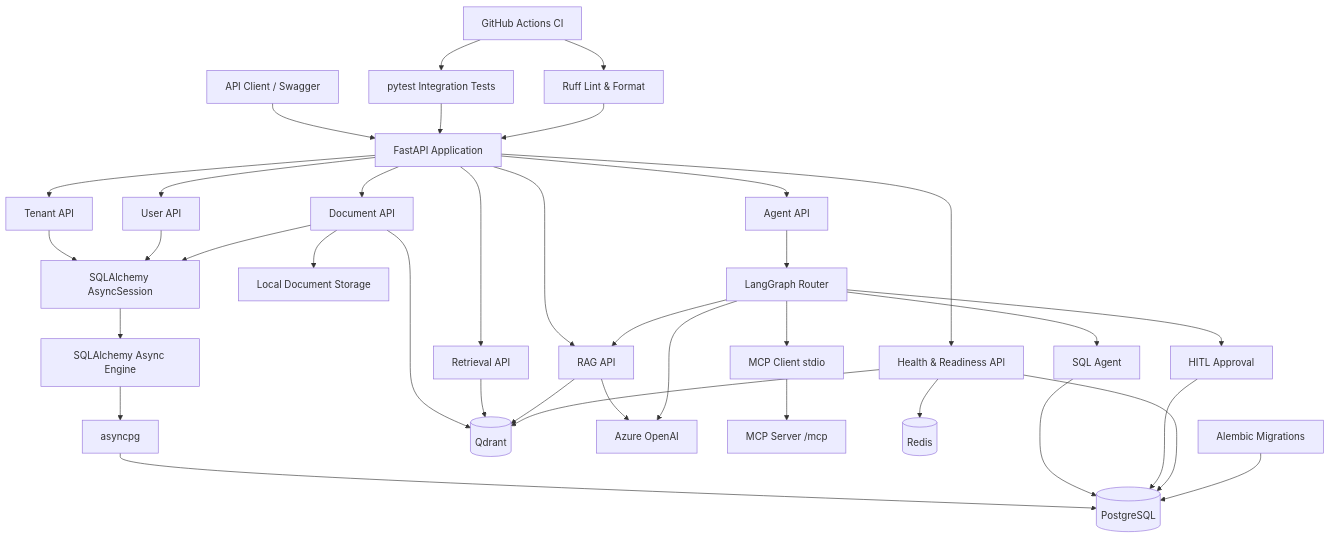
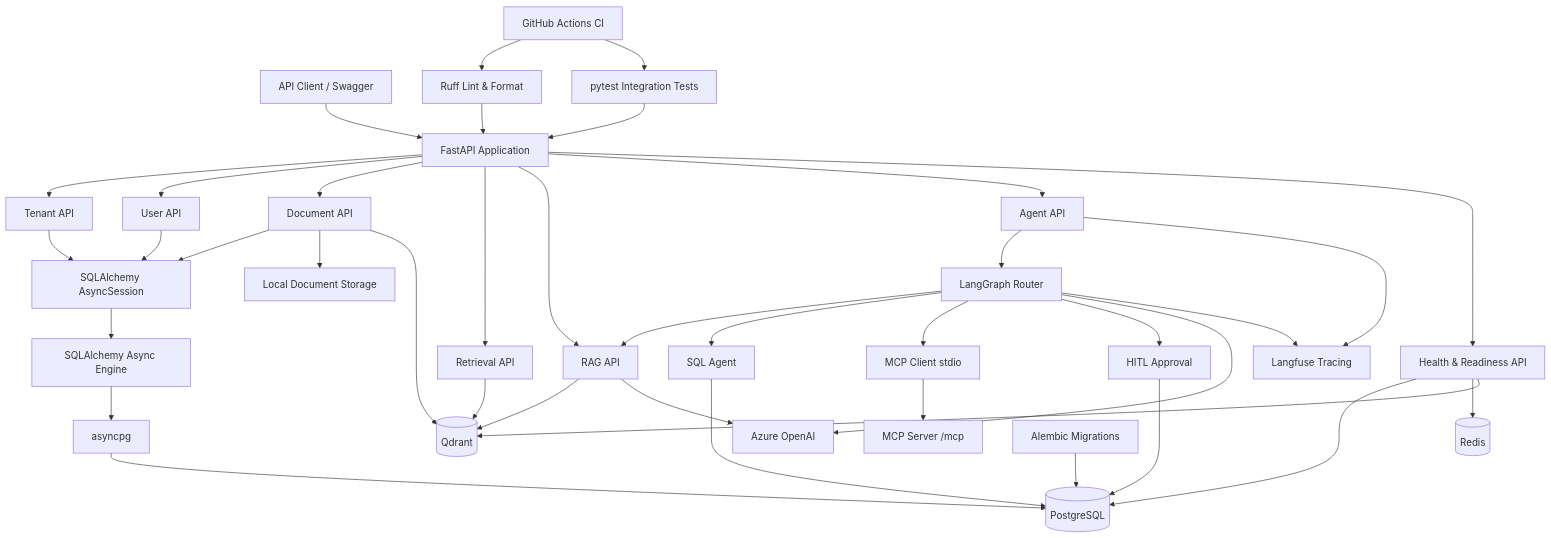
Before and after one commit to kkureli/enterprise-agentic-ai-platform: the diagram in README.md, drawn with Mermaid. The commit also changed other lines of this file and 13 other files, not shown here.

````diff
--- a/README.md
+++ b/README.md
@@ -52,50 +54,52 @@
 ```mermaid
 flowchart TD
     Client[API Client / Swagger]
 
     Client --> FastAPI[FastAPI Application]
 
     FastAPI --> TenantAPI[Tenant API]
     FastAPI --> UserAPI[User API]
     FastAPI --> DocumentAPI[Document API]
     FastAPI --> RetrievalAPI[Retrieval API]
     FastAPI --> RagAPI[RAG API]
     FastAPI --> AgentAPI[Agent API]
     FastAPI --> HealthAPI[Health & Readiness API]
 
     TenantAPI --> Session[SQLAlchemy AsyncSession]
     UserAPI --> Session
     DocumentAPI --> Session
 
     Session --> Engine[SQLAlchemy Async Engine]
     Engine --> AsyncPG[asyncpg]
     AsyncPG --> PostgreSQL[(PostgreSQL)]
 
     DocumentAPI --> Storage[Local Document Storage]
     DocumentAPI --> Qdrant[(Qdrant)]
     RetrievalAPI --> Qdrant
     RagAPI --> Qdrant
     RagAPI --> Azure[Azure OpenAI]
     AgentAPI --> LangGraph[LangGraph Router]
     LangGraph --> RagAPI
     LangGraph --> SQLAgent[SQL Agent]
     SQLAgent --> PostgreSQL
     LangGraph --> MCPClient[MCP Client stdio]
     MCPClient --> MCPServer[MCP Server /mcp]
     LangGraph --> HITL[HITL Approval]
     HITL --> PostgreSQL
     LangGraph --> Azure
+    AgentAPI --> Langfuse[Langfuse Tracing]
+    LangGraph --> Langfuse
 
     HealthAPI --> PostgreSQL
     HealthAPI --> Redis[(Redis)]
     HealthAPI --> Qdrant
 
     Alembic[Alembic Migrations] --> PostgreSQL
 
     Pytest[pytest Integration Tests] --> FastAPI
     Ruff[Ruff Lint & Format] --> FastAPI
 
     GitHub[GitHub Actions CI]
     GitHub --> Ruff
     GitHub --> Pytest
 ```
````
